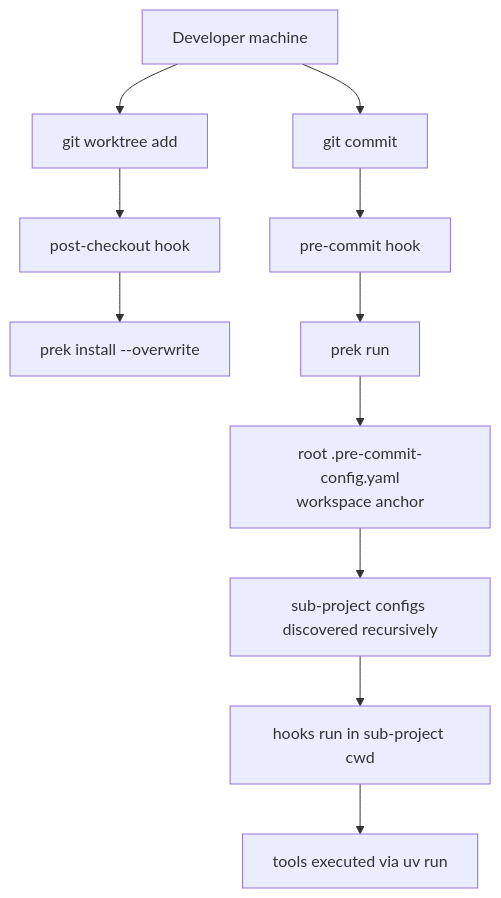
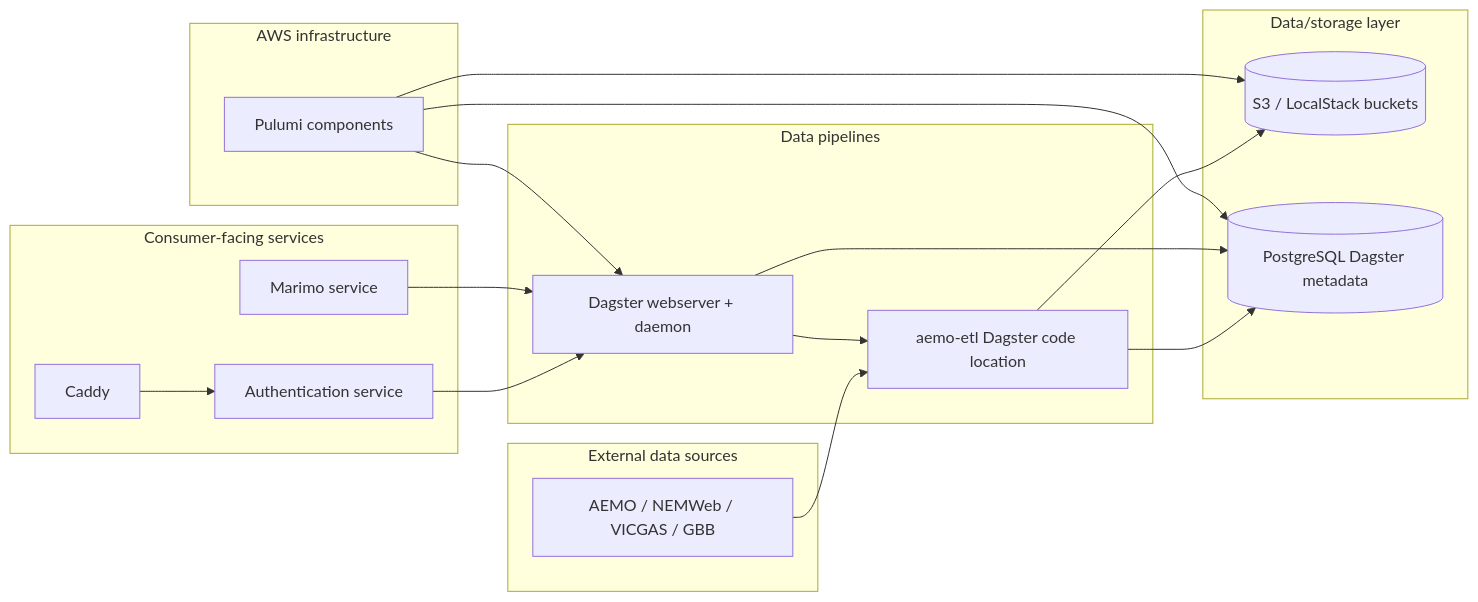
One commit to Chr1sC0de/energy-market-delta-lake changed the diagram in README.md. Above: the diagram before and after it, drawn with Mermaid. The commit also changed other lines of this file, not shown here.

Commit message:
docs: refocus root README on repo architecture

````diff
--- a/README.md
+++ b/README.md
@@ -39,14 +13,38 @@
 ```mermaid
-flowchart TD
-  A[Developer machine] --> B[git worktree add]
-  B --> C[post-checkout hook]
-  C --> D[prek install --overwrite]
+flowchart LR
+  subgraph Sources[External data sources]
+    A[AEMO / NEMWeb / VICGAS / GBB]
+  end
 
-  A --> E[git commit]
-  E --> F[pre-commit hook]
-  F --> G[prek run]
-  G --> H[root .pre-commit-config.yaml\nworkspace anchor]
-  H --> I[sub-project configs discovered recursively]
-  I --> J[hooks run in sub-project cwd]
-  J --> K[tools executed via uv run]
+  subgraph Pipelines[Data pipelines]
+    B[aemo-etl Dagster code location]
+    C[Dagster webserver + daemon]
+  end
+
+  subgraph Storage[Data/storage layer]
+    D[(S3 / LocalStack buckets)]
+    E[(PostgreSQL Dagster metadata)]
+  end
+
+  subgraph Consumers[Consumer-facing services]
+    F[Authentication service]
+    G[Marimo service]
+    H[Caddy]
+  end
+
+  subgraph Infra[AWS infrastructure]
+    I[Pulumi components]
+  end
+
+  A --> B
+  B --> D
+  B --> E
+  C --> B
+  C --> E
+  F --> C
+  G --> C
+  H --> F
+  I --> C
+  I --> D
+  I --> E
 ```
````
